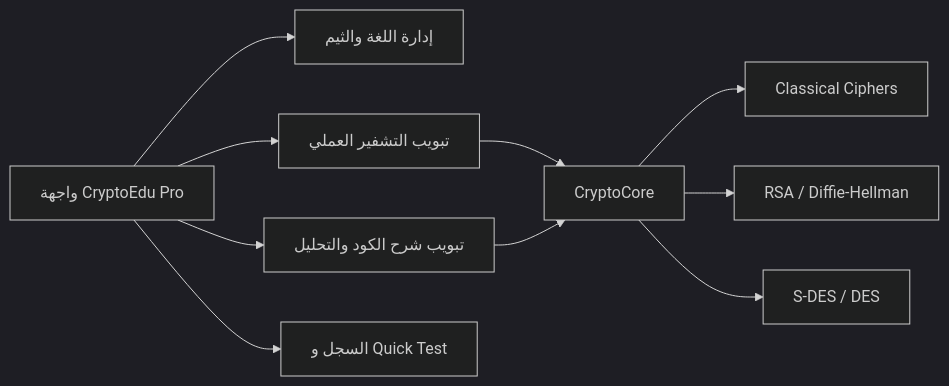
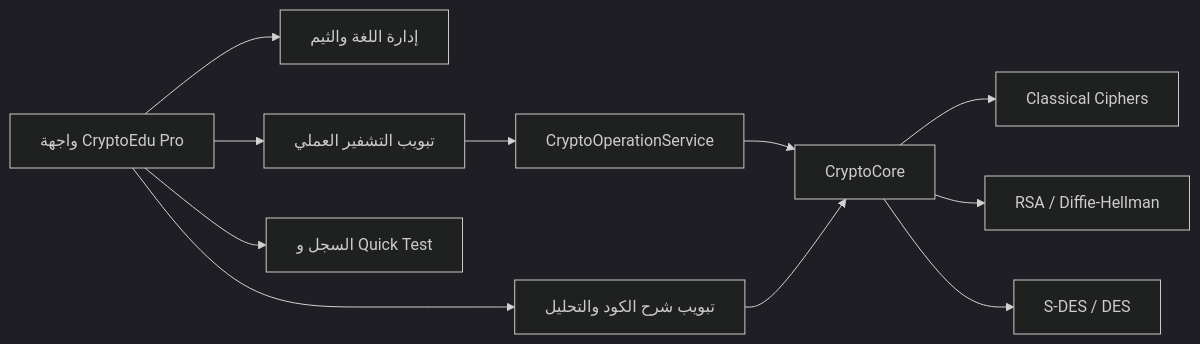
Before and after one commit to Dev-KAIDO/CryptoEdu-Pro: the diagram in README.md, drawn with Mermaid (dark theme). The commit also changed other lines of this file and 3 other files, not shown here.

Commit message:
refactor: separate crypto service from GUI

````diff
--- a/README.md
+++ b/README.md
@@ -227,12 +229,13 @@
 ```mermaid
 flowchart LR
     A[واجهة CryptoEdu Pro] --> B[إدارة اللغة والثيم]
     A --> C[تبويب التشفير العملي]
     A --> D[تبويب شرح الكود والتحليل]
-    C --> E[CryptoCore]
-    E --> F[Classical Ciphers]
-    E --> G[RSA / Diffie-Hellman]
-    E --> H[S-DES / DES]
-    D --> E
-    A --> I[السجل و Quick Test]
+    C --> E[CryptoOperationService]
+    E --> F[CryptoCore]
+    F --> G[Classical Ciphers]
+    F --> H[RSA / Diffie-Hellman]
+    F --> I[S-DES / DES]
+    D --> F
+    A --> J[السجل و Quick Test]
 ```
````
